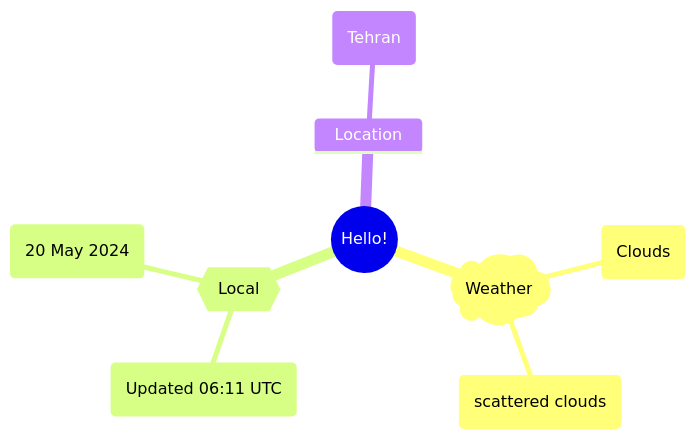
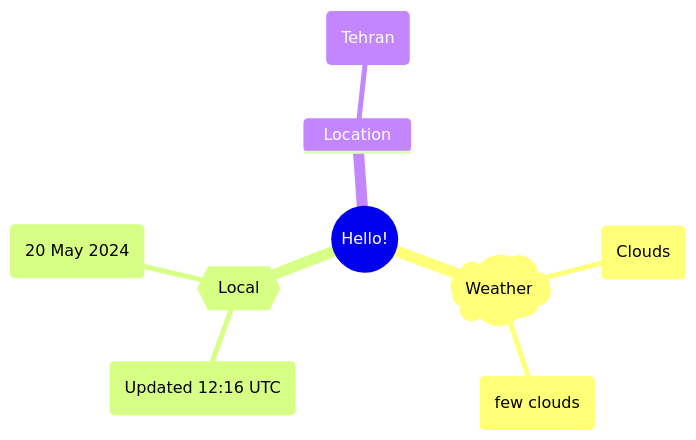
The first of 2 diagrams in README.md (Xosrov/Xosrov), drawn with Mermaid before and after one commit.

Commit message:
[bot] updated images

````diff
--- a/README.md
+++ b/README.md
@@ -3,12 +3,12 @@
 ```mermaid
 mindmap
   root((Hello!))
     )Weather(
         (Clouds)
-        (scattered clouds)
+        (few clouds)
     {{Local}}
-        (Updated 06:11 UTC)
+        (Updated 12:16 UTC)
         (20 May 2024)
     Location
         (Tehran)
 ```
````
